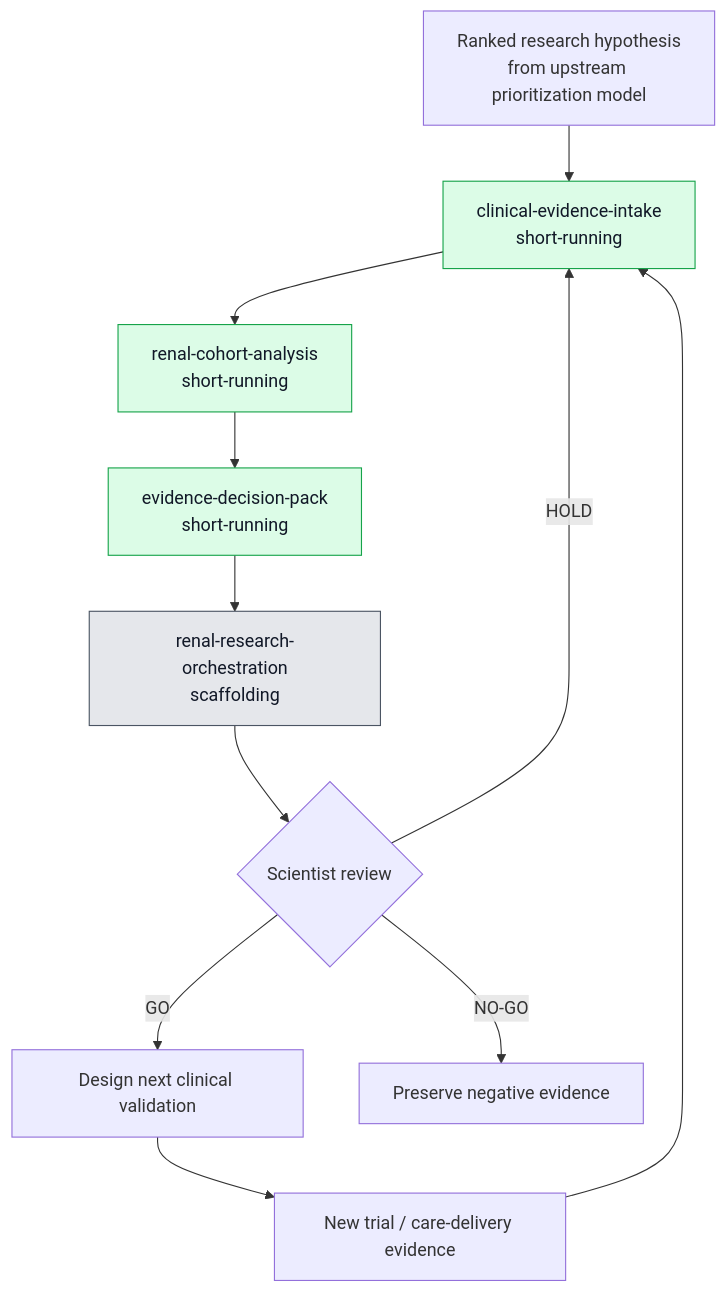
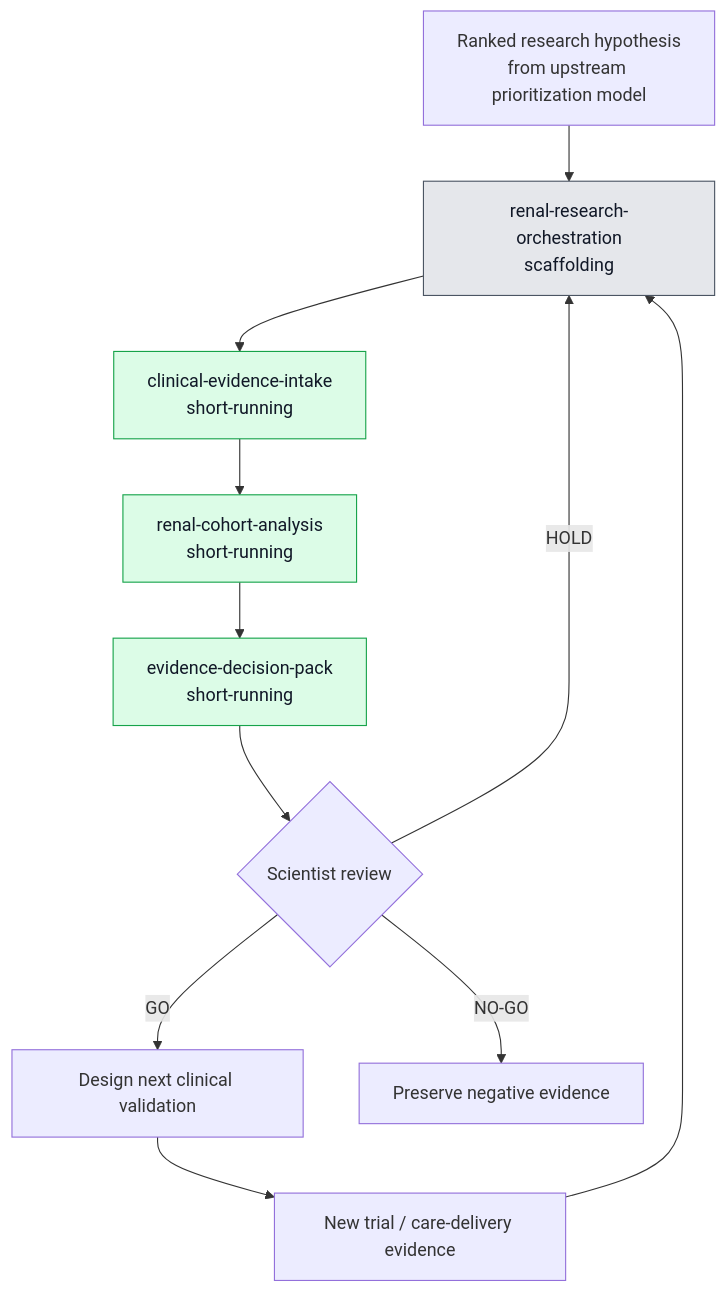
The diagram in docs/SKILLS_WORKFLOW.md (fmlin0429712024/synthetic-in-silico-research-loop), drawn with Mermaid before and after one commit.

Commit message:
Align skills workflow with orchestration design

````diff
--- a/docs/SKILLS_WORKFLOW.md
+++ b/docs/SKILLS_WORKFLOW.md
@@ -5,18 +5,18 @@
 ```mermaid
 flowchart TD
-    A[Ranked research hypothesis<br/>from upstream prioritization model] --> B[clinical-evidence-intake<br/>short-running]
+    A[Ranked research hypothesis<br/>from upstream prioritization model] --> E[renal-research-orchestration<br/>scaffolding]
+    E --> B[clinical-evidence-intake<br/>short-running]
     B --> C[renal-cohort-analysis<br/>short-running]
     C --> D[evidence-decision-pack<br/>short-running]
-    D --> E[renal-research-orchestration<br/>scaffolding]
-    E --> F{Scientist review}
+    D --> F{Scientist review}
     F -->|GO| G[Design next clinical validation]
     G --> H[New trial / care-delivery evidence]
-    H --> B
-    F -->|HOLD| B
+    H --> E
+    F -->|HOLD| E
     F -->|NO-GO| I[Preserve negative evidence]
 
     classDef short fill:#dcfce7,stroke:#16a34a,color:#111827;
     classDef scaffold fill:#e5e7eb,stroke:#4b5563,color:#111827;
     class B,C,D short;
     class E scaffold;
 ```
````
